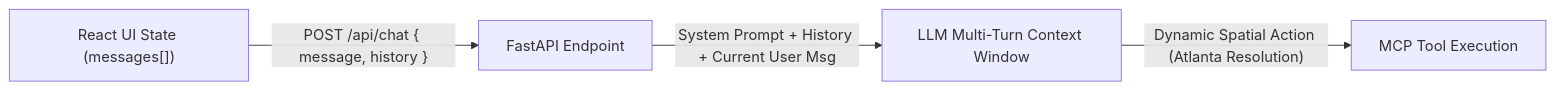
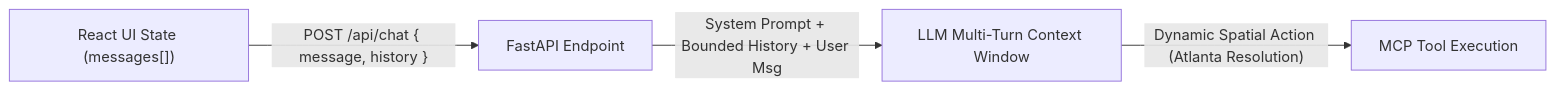
One commit to AscilCH/heatshield-mcp changed the first of 5 diagrams in ARCHITECTURE.md. Above: the diagram before and after it, drawn with Mermaid. The commit also changed other lines of this file, not shown here.

````diff
--- a/ARCHITECTURE.md
+++ b/ARCHITECTURE.md
@@ -53,6 +54,6 @@
 ```mermaid
 graph LR
     FrontendMsg["React UI State (messages[])"] -->|"POST /api/chat { message, history }"| APIGateway["FastAPI Endpoint"]
-    APIGateway -->|"System Prompt + History + Current User Msg"| LLM["LLM Multi-Turn Context Window"]
+    APIGateway -->|"System Prompt + Bounded History + User Msg"| LLM["LLM Multi-Turn Context Window"]
     LLM -->|"Dynamic Spatial Action (Atlanta Resolution)"| Tools["MCP Tool Execution"]
 ```
````
